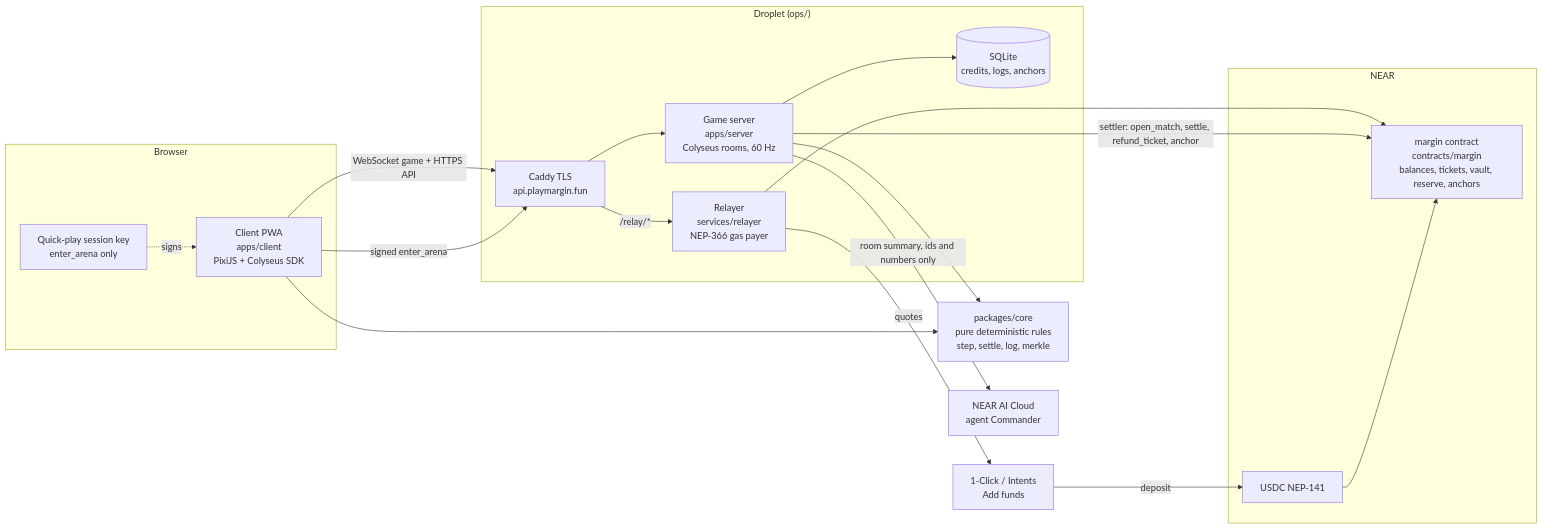
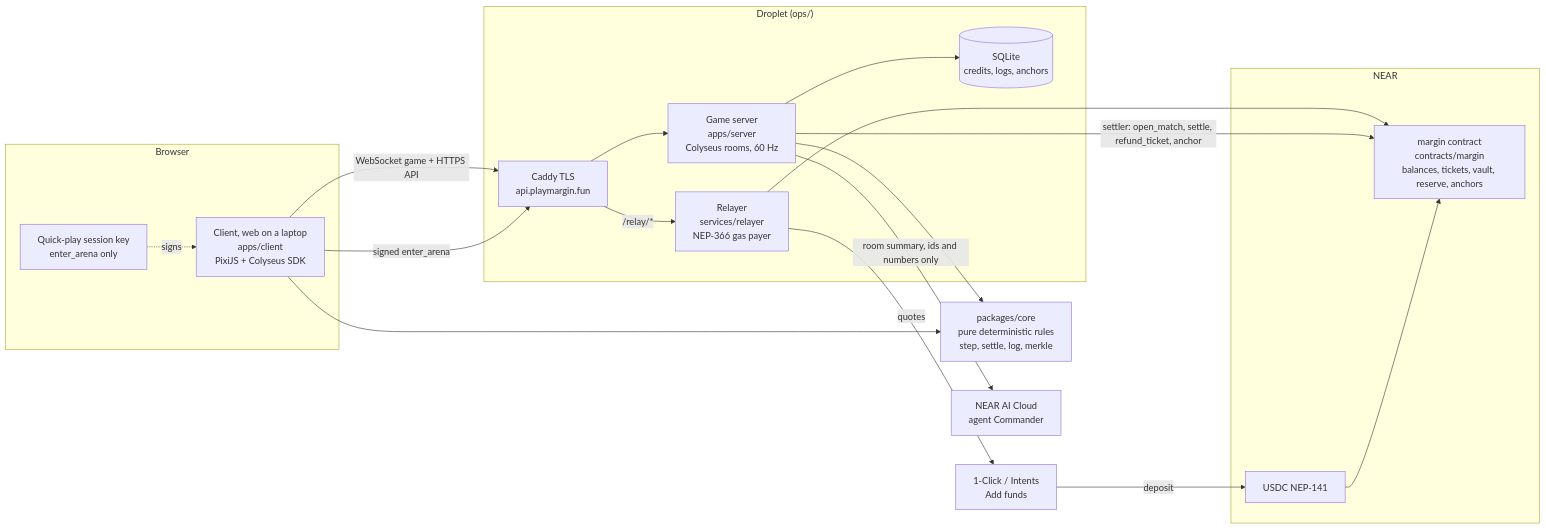
Before and after one commit to VanshChitransh/playmargin: the first of 3 diagrams in docs/ARCHITECTURE.md, drawn with Mermaid. The commit also changed other lines of this file and 16 other files, not shown here.

````diff
--- a/docs/ARCHITECTURE.md
+++ b/docs/ARCHITECTURE.md
@@ -9,29 +9,29 @@
 ```mermaid
 flowchart LR
   subgraph Browser
-    C[Client PWA<br/>apps/client<br/>PixiJS + Colyseus SDK]
+    C[Client, web on a laptop<br/>apps/client<br/>PixiJS + Colyseus SDK]
     K[Quick-play session key<br/>enter_arena only]
   end
   subgraph Droplet["Droplet (ops/)"]
     CAD[Caddy TLS<br/>api.playmargin.fun]
     S[Game server<br/>apps/server<br/>Colyseus rooms, 60 Hz]
     DB[(SQLite<br/>credits, logs, anchors)]
     R[Relayer<br/>services/relayer<br/>NEP-366 gas payer]
   end
   CORE[packages/core<br/>pure deterministic rules<br/>step, settle, log, merkle]
   AI[NEAR AI Cloud<br/>agent Commander]
   OC[1-Click / Intents<br/>Add funds]
   subgraph NEAR
     CT[margin contract<br/>contracts/margin<br/>balances, tickets, vault, reserve, anchors]
     USDC[USDC NEP-141]
   end
   C -- WebSocket game + HTTPS API --> CAD --> S
   C -- signed enter_arena --> CAD -- /relay/* --> R --> CT
   K -. signs .-> C
   S --> CORE
   C --> CORE
   S --> DB
   S -- settler: open_match, settle, refund_ticket, anchor --> CT
   S -- room summary, ids and numbers only --> AI
   R -- quotes --> OC -- deposit --> USDC --> CT
 ```
````
